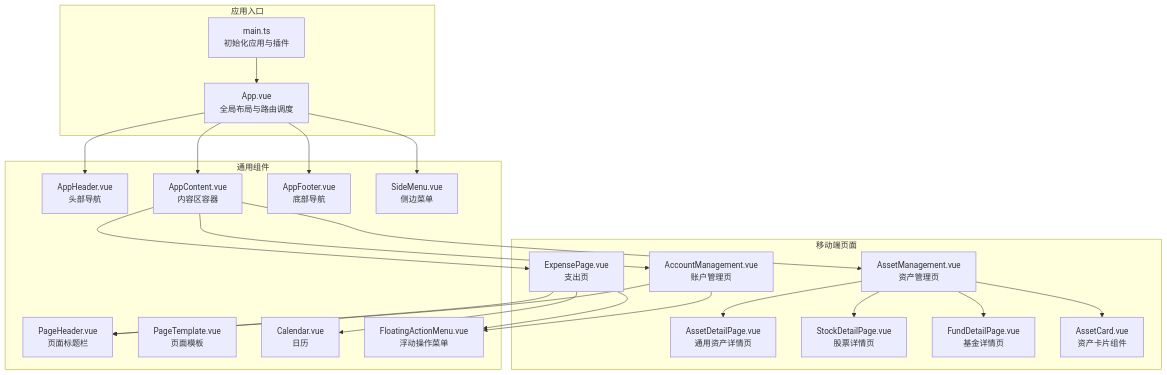
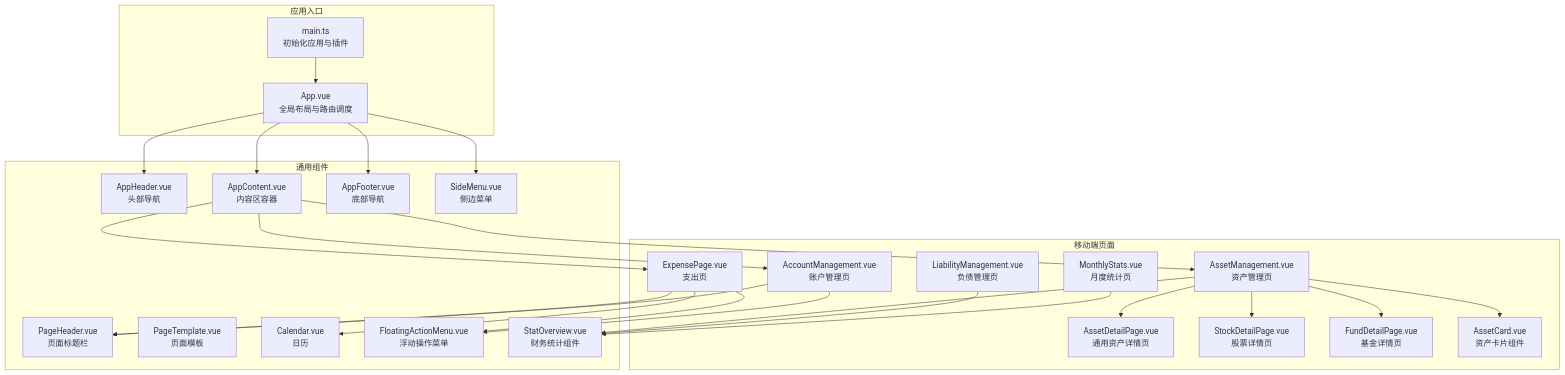
The first of 13 diagrams in .qoder/repowiki/zh/content/UI组件/UI组件.md (xiao-lin-unit/yuan), drawn with Mermaid before and after one commit. The commit also changed other lines of this file and 14 other files, not shown here.

````diff
--- a/.qoder/repowiki/zh/content/UI组件/UI组件.md
+++ b/.qoder/repowiki/zh/content/UI组件/UI组件.md
@@ -56,43 +57,49 @@
 ```mermaid
 graph TB
 subgraph "应用入口"
 MAIN["main.ts<br/>初始化应用与插件"]
 APP["App.vue<br/>全局布局与路由调度"]
 end
 subgraph "通用组件"
 HEADER["AppHeader.vue<br/>头部导航"]
 CONTENT["AppContent.vue<br/>内容区容器"]
 FOOTER["AppFooter.vue<br/>底部导航"]
 PHEADER["PageHeader.vue<br/>页面标题栏"]
 PTEMPLATE["PageTemplate.vue<br/>页面模板"]
 SIDEMENU["SideMenu.vue<br/>侧边菜单"]
 CALENDAR["Calendar.vue<br/>日历"]
 FAM["FloatingActionMenu.vue<br/>浮动操作菜单"]
+STATOVERVIEW["StatOverview.vue<br/>财务统计组件"]
 end
 subgraph "移动端页面"
 EXPENSE["ExpensePage.vue<br/>支出页"]
 ACCOUNT["AccountManagement.vue<br/>账户管理页"]
 ASSETDETAIL["AssetDetailPage.vue<br/>通用资产详情页"]
 STOCKDETAIL["StockDetailPage.vue<br/>股票详情页"]
 FUNDDETAIL["FundDetailPage.vue<br/>基金详情页"]
 ASSETMGMT["AssetManagement.vue<br/>资产管理页"]
 ASSETCARD["AssetCard.vue<br/>资产卡片组件"]
+LIABILITYMGMT["LiabilityManagement.vue<br/>负债管理页"]
+MONTHLYSTATS["MonthlyStats.vue<br/>月度统计页"]
 end
 MAIN --> APP
 APP --> HEADER
 APP --> CONTENT
 APP --> FOOTER
 APP --> SIDEMENU
 CONTENT --> EXPENSE
 CONTENT --> ACCOUNT
 CONTENT --> ASSETMGMT
 ASSETMGMT --> ASSETCARD
 ASSETMGMT --> ASSETDETAIL
 ASSETMGMT --> STOCKDETAIL
 ASSETMGMT --> FUNDDETAIL
+ASSETMGMT --> STATOVERVIEW
 EXPENSE --> PHEADER
 EXPENSE --> CALENDAR
 EXPENSE --> FAM
 ACCOUNT --> PHEADER
 ACCOUNT --> FAM
+LIABILITYMGMT --> STATOVERVIEW
+MONTHLYSTATS --> STATOVERVIEW
 ```
````
